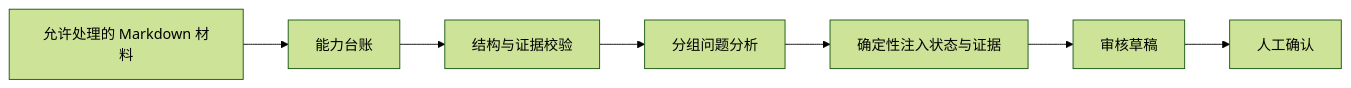
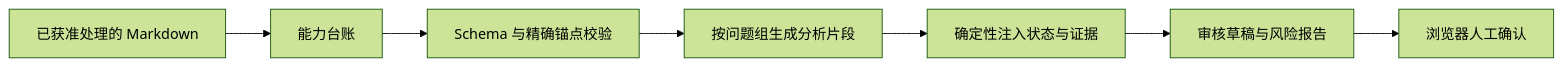
The diagram in README.md (SaintJupiter/SolutionScope), drawn with Mermaid (forest theme) before and after one commit. The commit also changed other lines of this file and 34 other files, not shown here.

````diff
--- a/README.md
+++ b/README.md
@@ -7,9 +19,9 @@
 ```mermaid
 flowchart LR
-    A["允许处理的 Markdown 材料"] --> B["能力台账"]
-    B --> C["结构与证据校验"]
-    C --> D["分组问题分析"]
+    A["已获准处理的 Markdown"] --> B["能力台账"]
+    B --> C["Schema 与精确锚点校验"]
+    C --> D["按问题组生成分析片段"]
     D --> E["确定性注入状态与证据"]
-    E --> F["审核草稿"]
-    F --> G["人工确认"]
+    E --> F["审核草稿与风险报告"]
+    F --> G["浏览器人工确认"]
 ```
````
